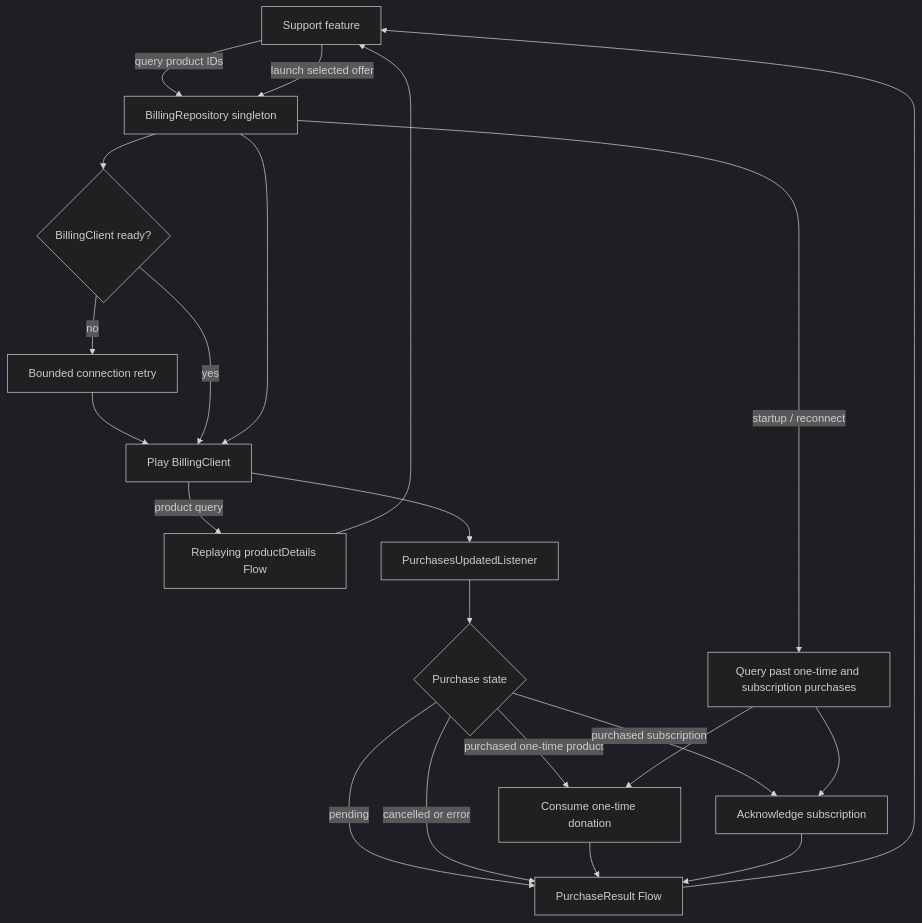
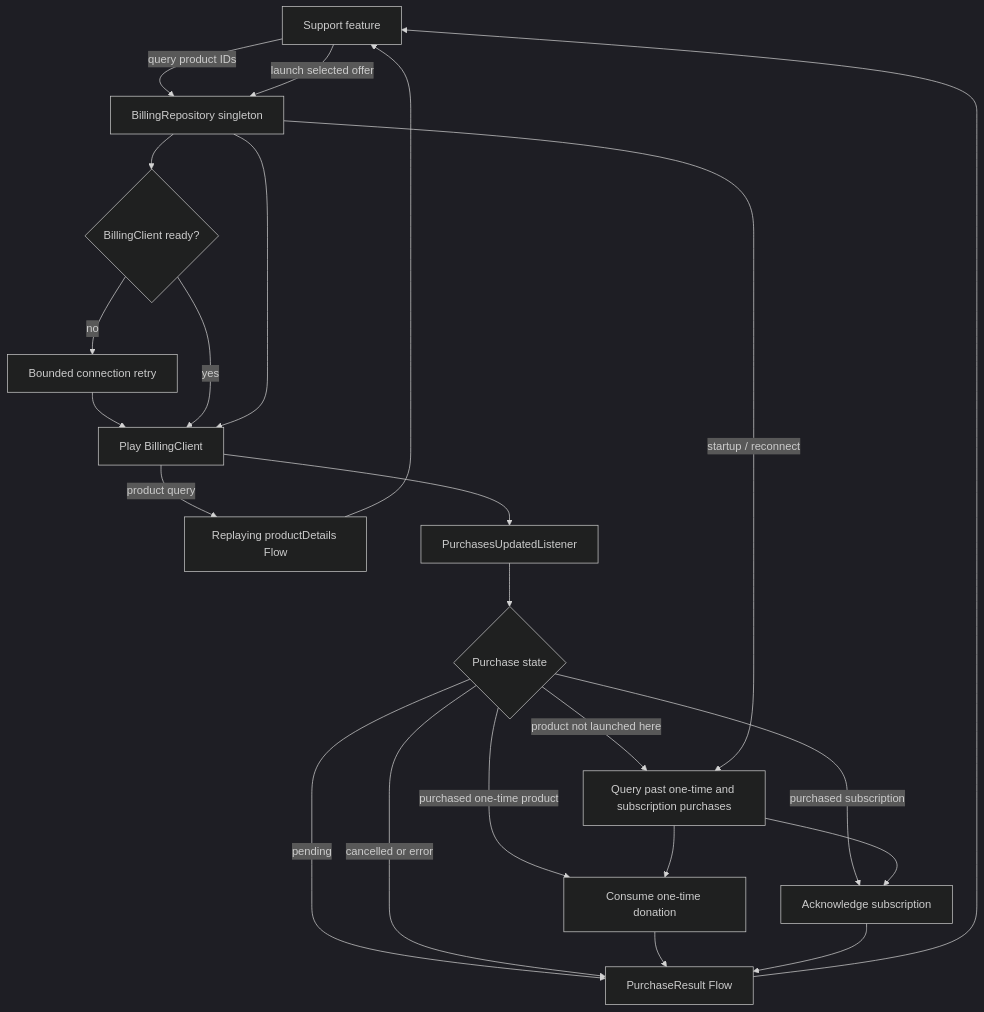
One commit to MihaiCristianCondrea/App-Toolkit-for-Android changed the diagram in library/integration/billing/README.md. Above: the diagram before and after it, drawn with Mermaid (dark theme). The commit also changed other lines of this file and 22 other files, not shown here.

````diff
--- a/library/integration/billing/README.md
+++ b/library/integration/billing/README.md
@@ -34,24 +34,25 @@
 ```mermaid
 flowchart TD
     Feature[Support feature] -->|query product IDs| Repo[BillingRepository singleton]
     Repo --> Connection{BillingClient ready?}
     Connection -->|no| Retry[Bounded connection retry]
     Retry --> Client[Play BillingClient]
     Connection -->|yes| Client
     Client -->|product query| Details[Replaying productDetails Flow]
     Details --> Feature
     Feature -->|launch selected offer| Repo
     Repo --> Client
     Client --> Callback[PurchasesUpdatedListener]
     Callback --> State{Purchase state}
     State -->|purchased one-time product| Consume[Consume one-time donation]
+    State -->|product not launched here| Past
     State -->|purchased subscription| Acknowledge[Acknowledge subscription]
     State -->|pending| Result[PurchaseResult Flow]
     State -->|cancelled or error| Result
     Consume --> Result
     Acknowledge --> Result
     Repo -->|startup / reconnect| Past[Query past one-time and subscription purchases]
     Past --> Consume
     Past --> Acknowledge
     Result --> Feature
 ```
````
